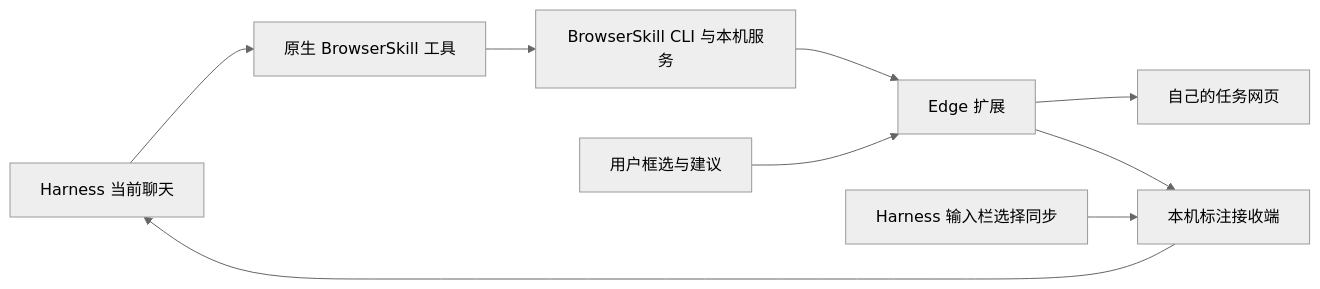
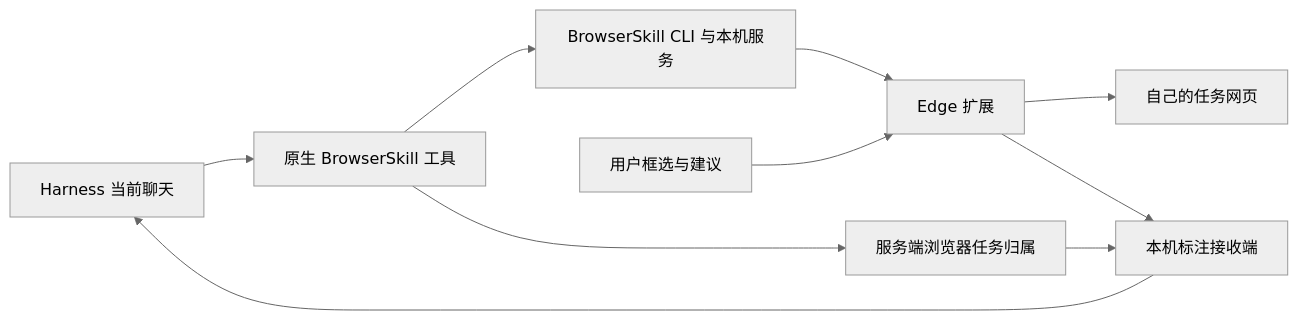
Before and after one commit to fengyuchang/dsh-edge-browser: the diagram in docs/architecture.md, drawn with Mermaid (neutral theme). The commit also changed other lines of this file and 27 other files, not shown here.

````diff
--- a/docs/architecture.md
+++ b/docs/architecture.md
@@ -3,11 +3,12 @@
 ```mermaid
 flowchart LR
   AI[Harness 当前聊天] --> Native[原生 BrowserSkill 工具]
   Native --> CLI[BrowserSkill CLI 与本机服务]
   CLI --> Ext[Edge 扩展]
   Ext --> Task[自己的任务网页]
-  Input[Harness 输入栏选择同步] --> Receiver[本机标注接收端]
+  Native --> Ownership[服务端浏览器任务归属]
+  Ownership --> Receiver[本机标注接收端]
   Human[用户框选与建议] --> Ext
   Ext --> Receiver
   Receiver --> AI
 ```
````
